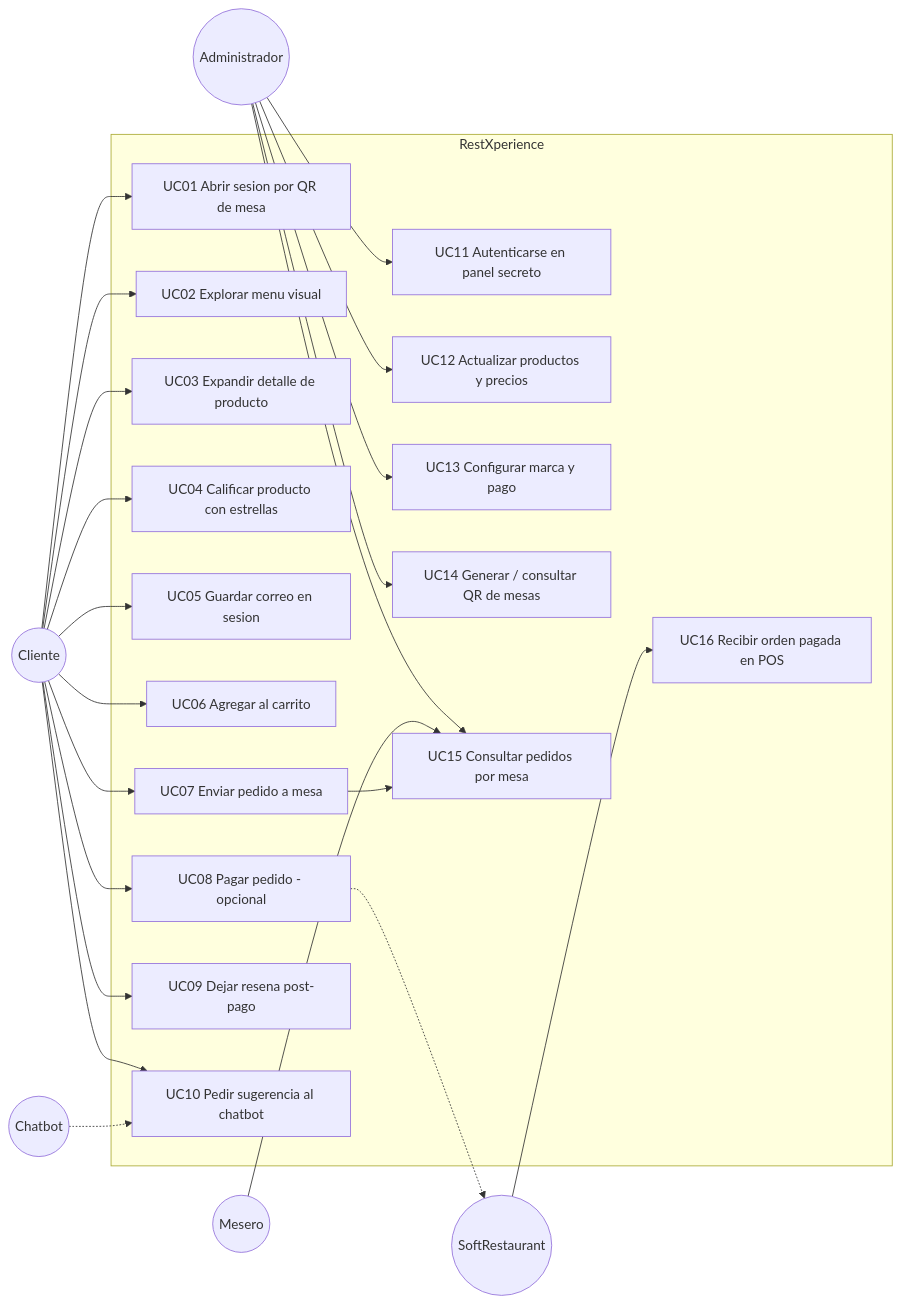
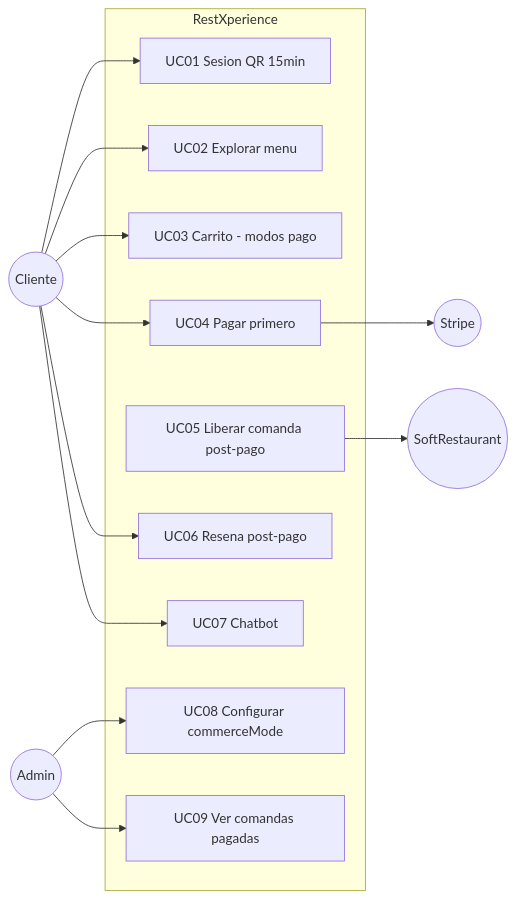
Before and after one commit to TTS-Aca/restxperience: the second of 2 diagrams in PLAN.md, drawn with Mermaid. The commit also changed other lines of this file and 21 other files, not shown here.

First line of the commit message:
fix: pago primero antes de comanda; modos stripe/SR/menu

````diff
--- a/PLAN.md
+++ b/PLAN.md
@@ -95,51 +56,24 @@
 ```mermaid
 flowchart LR
   cliente((Cliente))
-  admin((Administrador))
-  mesero((Mesero))
-  bot((Chatbot))
+  admin((Admin))
+  stripe((Stripe))
   soft((SoftRestaurant))
 
   subgraph system [RestXperience]
-    uc1[UC01 Abrir sesion por QR de mesa]
-    uc2[UC02 Explorar menu visual]
-    uc3[UC03 Expandir detalle de producto]
-    uc4[UC04 Calificar producto con estrellas]
-    uc5[UC05 Guardar correo en sesion]
-    uc6[UC06 Agregar al carrito]
-    uc7[UC07 Enviar pedido a mesa]
-    uc8[UC08 Pagar pedido - opcional]
-    uc9[UC09 Dejar resena post-pago]
-    uc10[UC10 Pedir sugerencia al chatbot]
-    uc11[UC11 Autenticarse en panel secreto]
-    uc12[UC12 Actualizar productos y precios]
-    uc13[UC13 Configurar marca y pago]
-    uc14[UC14 Generar / consultar QR de mesas]
-    uc15[UC15 Consultar pedidos por mesa]
-    uc16[UC16 Recibir orden pagada en POS]
+    uc1[UC01 Sesion QR 15min]
+    uc2[UC02 Explorar menu]
+    uc3[UC03 Carrito - modos pago]
+    uc4[UC04 Pagar primero]
+    uc5[UC05 Liberar comanda post-pago]
+    uc6[UC06 Resena post-pago]
+    uc7[UC07 Chatbot]
+    uc8[UC08 Configurar commerceMode]
+    uc9[UC09 Ver comandas pagadas]
   end
 
-  cliente --> uc1
-  cliente --> uc2
-  cliente --> uc3
-  cliente --> uc4
-  cliente --> uc5
-  cliente --> uc6
-  cliente --> uc7
-  cliente --> uc8
-  cliente --> uc9
-  cliente --> uc10
-
-  bot -.-> uc10
-
-  admin --> uc11
-  admin --> uc12
-  admin --> uc13
-  admin --> uc14
-  admin --> uc15
-
-  mesero --> uc15
-  uc8 -.-> soft
-  soft --> uc16
-  uc7 --> uc15
+  cliente --> uc1 & uc2 & uc3 & uc4 & uc6 & uc7
+  uc4 --> stripe
+  uc5 --> soft
+  admin --> uc8 & uc9
 ```
````
